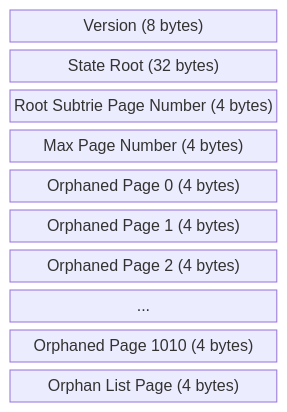
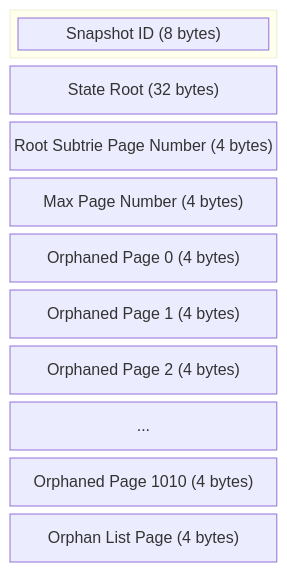
The third of 8 diagrams in README.md (base/triedb), drawn with Mermaid before and after one commit. The commit also changed other lines of this file, not shown here.

````diff
--- a/README.md
+++ b/README.md
@@ -61,14 +80,16 @@
 ```mermaid
 block-beta
   columns 1
-  Version["Version (8 bytes)"]
+  block:outer
+    SnapshotID["Snapshot ID (8 bytes)"]
+  end
   StateRoot["State Root (32 bytes)"]
   RootPageNum["Root Subtrie Page Number (4 bytes)"]
   MaxPageNum["Max Page Number (4 bytes)"]
   O0["Orphaned Page 0 (4 bytes)"]
   O1["Orphaned Page 1 (4 bytes)"]
   O2["Orphaned Page 2 (4 bytes)"]
   OETC["..."]
   OLast["Orphaned Page 1010 (4 bytes)"]
   ONext["Orphan List Page (4 bytes)"]
 ```
````
